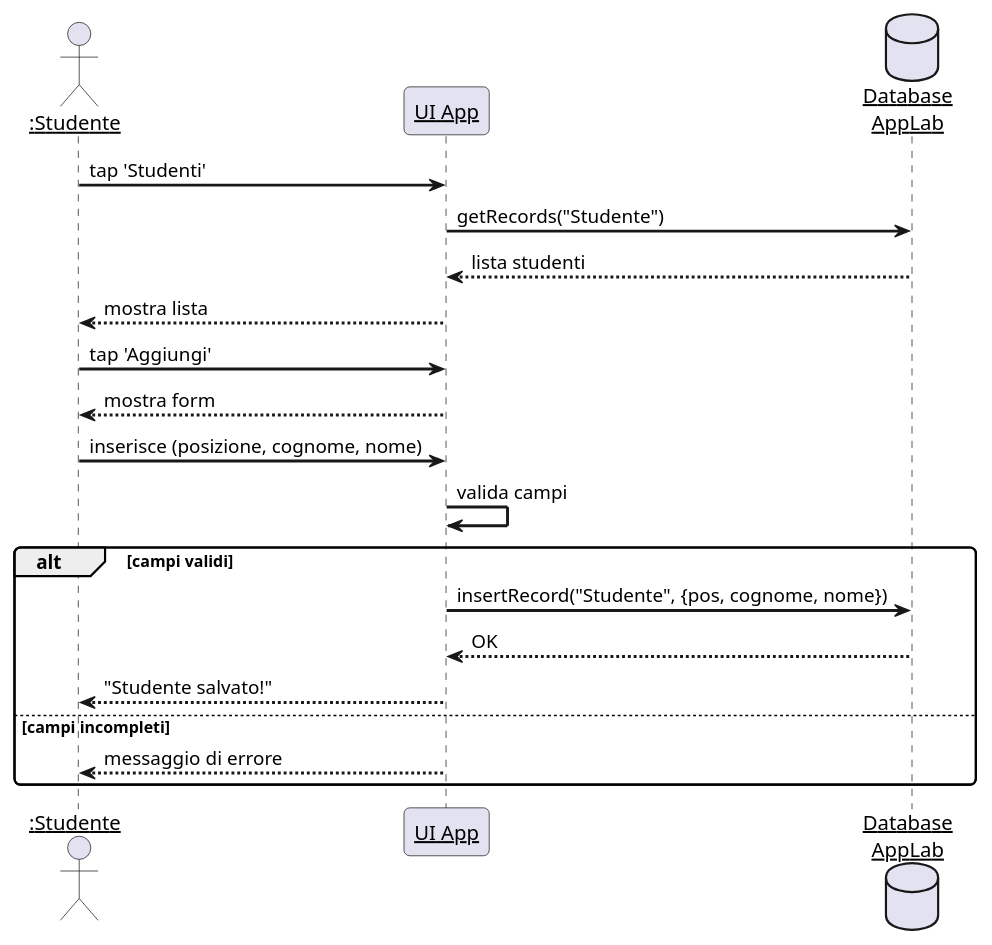
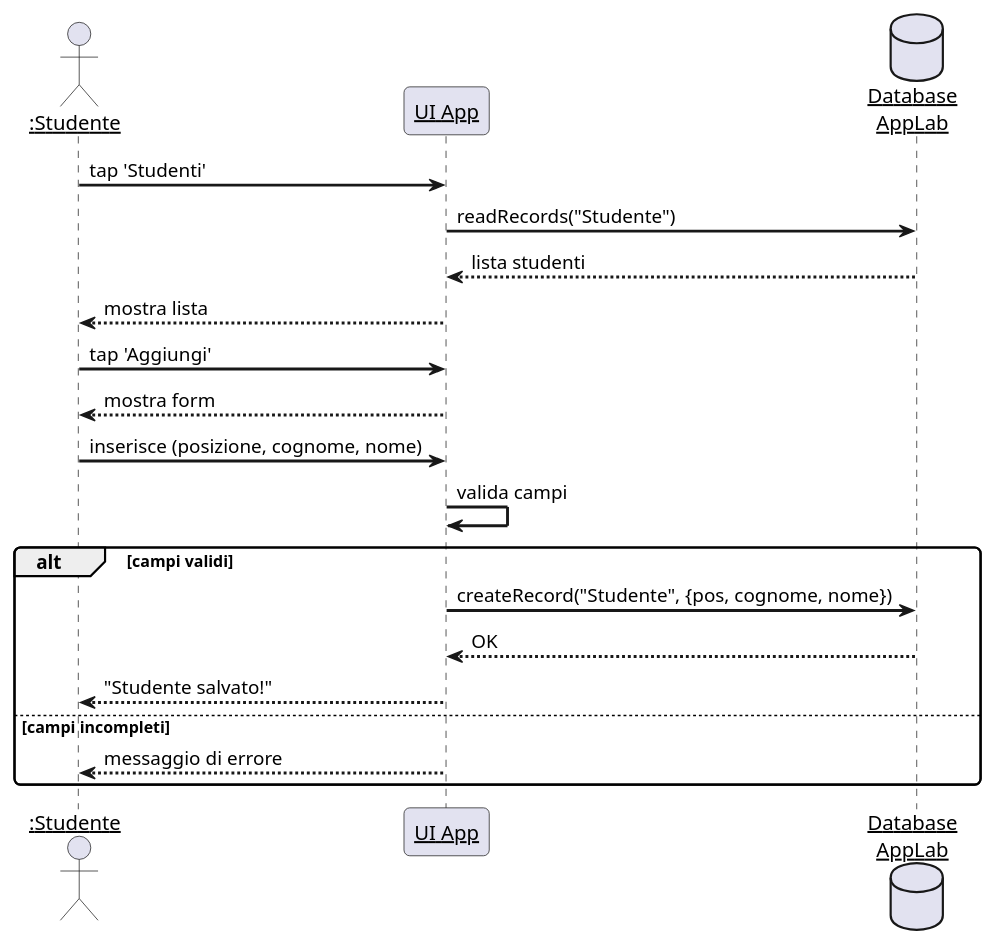
Before and after one commit to gionatamassibenincasa/study-together: the second of 8 diagrams in srs.adoc, drawn with PlantUML. The commit also changed other lines of this file and 17 other files, not shown here.

```diff
--- a/srs.adoc
+++ b/srs.adoc
@@ -515,31 +535,31 @@
 [plantuml, sd-inserimento-studente, svg]
 ....
 @startuml
 skinparam sequenceArrowThickness 2
 skinparam roundcorner 8
 skinparam sequenceParticipant underline
 
 actor ":Studente" as S
 participant "UI App" as UI
 database "Database\nAppLab" as DB
 
 S -> UI : tap 'Studenti'
-UI -> DB : getRecords("Studente")
+UI -> DB : readRecords("Studente")
 DB --> UI : lista studenti
 UI --> S : mostra lista
 
 S -> UI : tap 'Aggiungi'
 UI --> S : mostra form
 
 S -> UI : inserisce (posizione, cognome, nome)
 UI -> UI : valida campi
 
 alt campi validi
-  UI -> DB : insertRecord("Studente", {pos, cognome, nome})
+  UI -> DB : createRecord("Studente", {pos, cognome, nome})
   DB --> UI : OK
   UI --> S : "Studente salvato!"
 else campi incompleti
   UI --> S : messaggio di errore
 end
 @enduml
 ....
```
